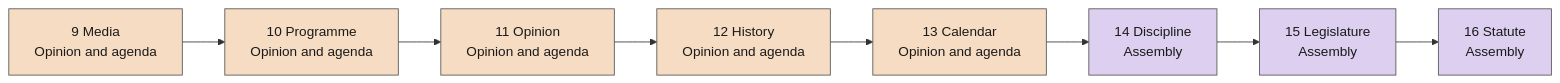
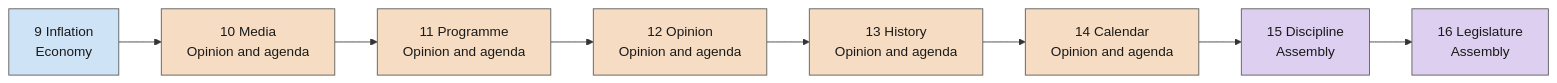
Before and after one commit to powerbassist/World-simulator: the second of 5 diagrams in docs/tick-order.md, drawn with Mermaid. The commit also changed other lines of this file and 20 other files, not shown here.

````diff
--- a/docs/tick-order.md
+++ b/docs/tick-order.md
@@ -42,18 +42,18 @@
 ```mermaid
 flowchart LR
-  s9["9 Media<br/>Opinion and agenda"]:::g1
-  s10["10 Programme<br/>Opinion and agenda"]:::g1
-  s11["11 Opinion<br/>Opinion and agenda"]:::g1
-  s12["12 History<br/>Opinion and agenda"]:::g1
-  s13["13 Calendar<br/>Opinion and agenda"]:::g1
-  s14["14 Discipline<br/>Assembly"]:::g2
-  s15["15 Legislature<br/>Assembly"]:::g2
-  s16["16 Statute<br/>Assembly"]:::g2
+  s9["9 Inflation<br/>Economy"]:::g0
+  s10["10 Media<br/>Opinion and agenda"]:::g1
+  s11["11 Programme<br/>Opinion and agenda"]:::g1
+  s12["12 Opinion<br/>Opinion and agenda"]:::g1
+  s13["13 History<br/>Opinion and agenda"]:::g1
+  s14["14 Calendar<br/>Opinion and agenda"]:::g1
+  s15["15 Discipline<br/>Assembly"]:::g2
+  s16["16 Legislature<br/>Assembly"]:::g2
   s9 --> s10 --> s11 --> s12 --> s13 --> s14 --> s15 --> s16
   classDef g0 fill:#cfe3f7,stroke:#555,color:#1a1a1a
   classDef g1 fill:#f6dcc2,stroke:#555,color:#1a1a1a
   classDef g2 fill:#dccff0,stroke:#555,color:#1a1a1a
   classDef g3 fill:#cdebd3,stroke:#555,color:#1a1a1a
   classDef g4 fill:#f3e7b5,stroke:#555,color:#1a1a1a
   classDef g5 fill:#f2cfd3,stroke:#555,color:#1a1a1a
 ```
````
